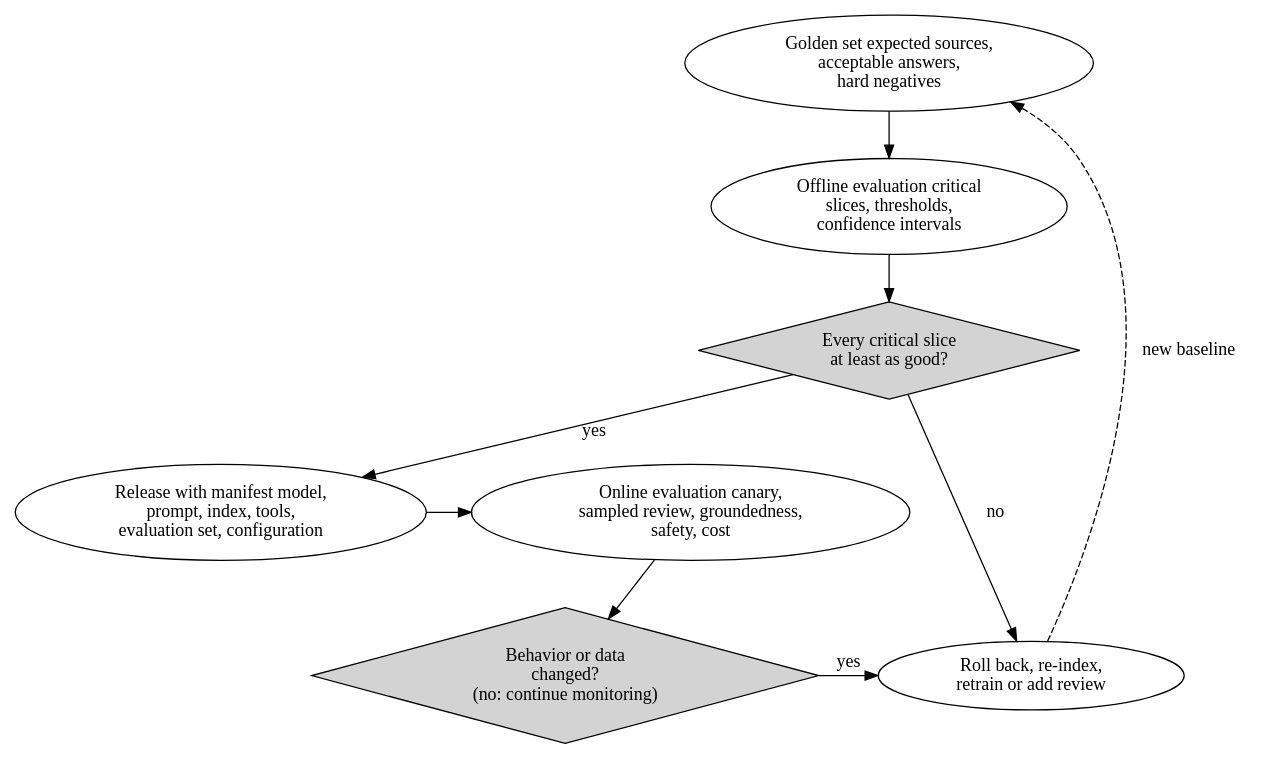
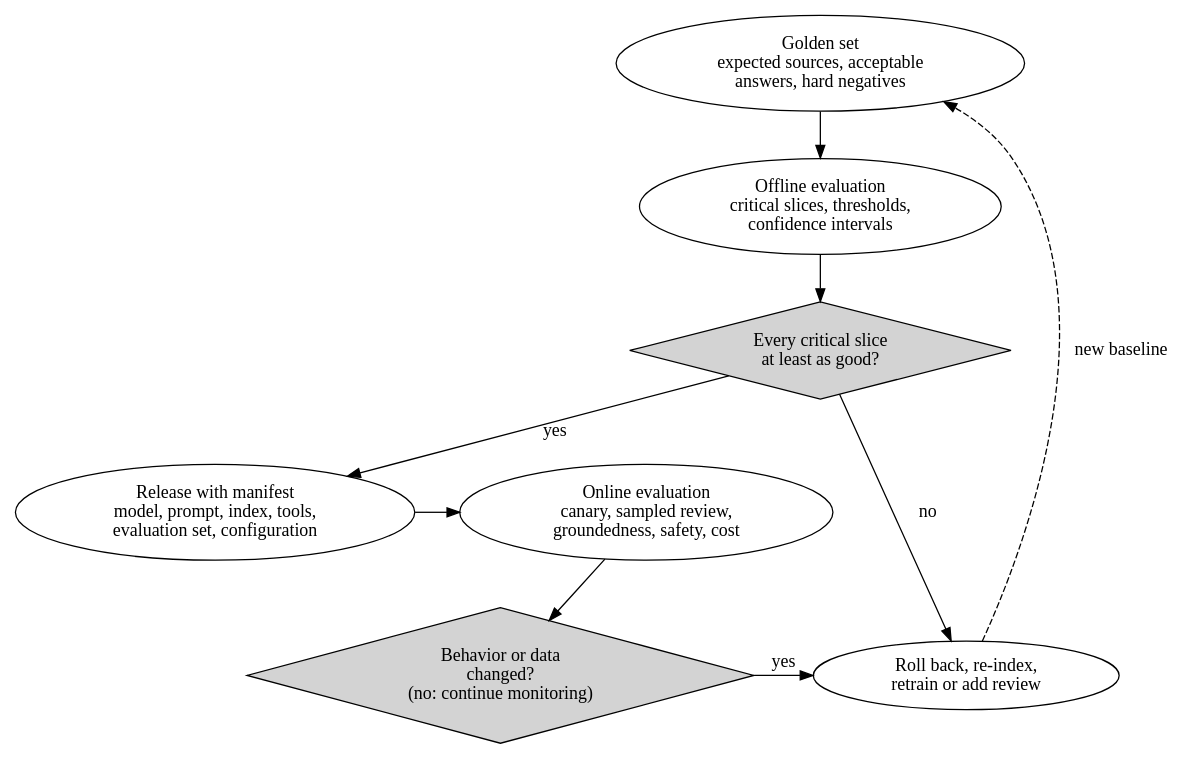
Before and after one commit to cesarcastrocuba/handbook-solutions-architecture: the diagram in assets/diagrams/src/ch16-evaluation.dot, drawn with Graphviz. The commit also changed 14 other files, not shown here.

First line of the commit message:
diagrams(figures): keep each node name on its own line

```diff
--- a/assets/diagrams/src/ch16-evaluation.dot
+++ b/assets/diagrams/src/ch16-evaluation.dot
@@ -1,16 +1,16 @@
 digraph G { 
 
  rankdir=TB;
- g [label="Golden set expected sources,\nacceptable answers,\nhard negatives"];
- off [label="Offline evaluation critical\nslices, thresholds,\nconfidence intervals"];
+ g [label="Golden set\nexpected sources, acceptable\nanswers, hard negatives"];
+ off [label="Offline evaluation\ncritical slices, thresholds,\nconfidence intervals"];
  gate [label="Every critical slice\nat least as good?", shape=diamond, style="filled"];
- rel [class="focal", label="Release with manifest model,\nprompt, index, tools,\nevaluation set, configuration"];
- on [label="Online evaluation canary,\nsampled review, groundedness,\nsafety, cost"];
+ rel [class="focal", label="Release with manifest\nmodel, prompt, index, tools,\nevaluation set, configuration"];
+ on [label="Online evaluation\ncanary, sampled review,\ngroundedness, safety, cost"];
  drift [label="Behavior or data\nchanged?\n(no: continue monitoring)", shape=diamond, style="filled"];
  fix [label="Roll back, re-index,\nretrain or add review"];
  g->off->gate; gate->rel [label=" yes"]; gate->fix [label=" no"];
  rel->on; on->drift; drift->fix [label=" yes"];
  fix->g [label=" new baseline", style=dashed, constraint=false];
  {rank=same; rel; on}
  {rank=same; drift; fix}
 }
```
